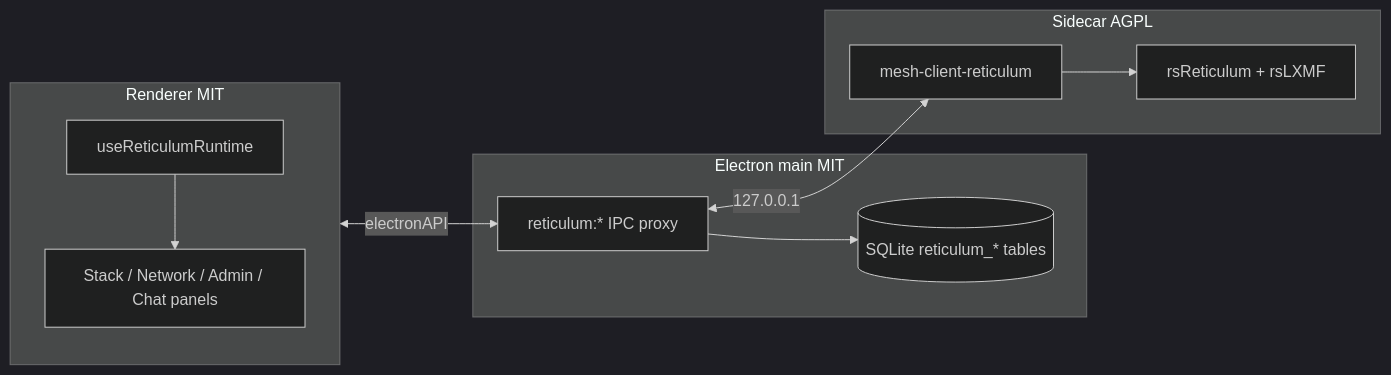
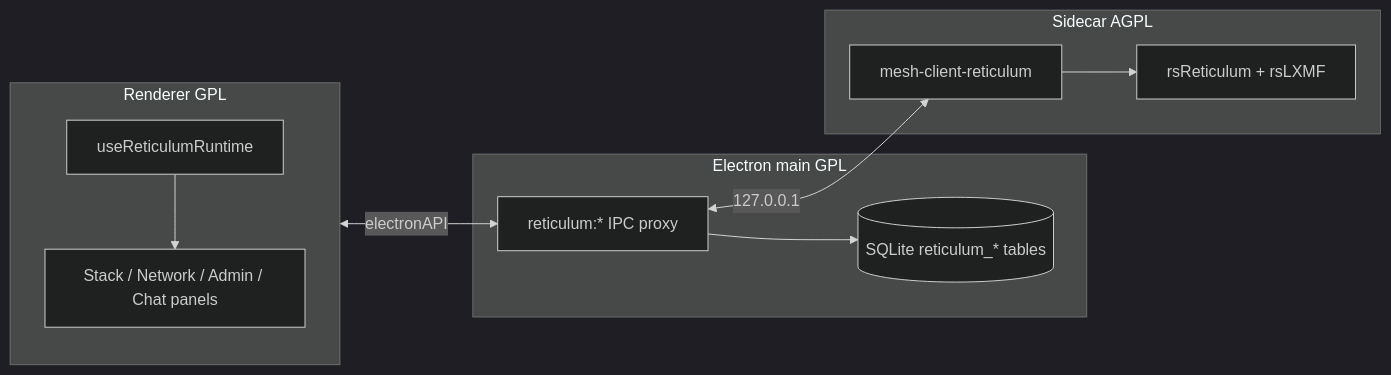
The first of 2 diagrams in docs/reticulum.md (Colorado-Mesh/mesh-client), drawn with Mermaid (dark theme) before and after one commit. The commit also changed other lines of this file and 34 other files, not shown here.

First line of the commit message:
chore: relicense from MIT to GPL-3.0-or-later (#937)

````diff
--- a/docs/reticulum.md
+++ b/docs/reticulum.md
@@ -154,20 +154,20 @@
 ```mermaid
 flowchart LR
-  subgraph ui [Renderer MIT]
+  subgraph ui [Renderer GPL]
     RT[useReticulumRuntime]
     Panels[Stack / Network / Admin / Chat panels]
     RT --> Panels
   end
-  subgraph main [Electron main MIT]
+  subgraph main [Electron main GPL]
     IPC[reticulum:* IPC proxy]
     DB[(SQLite reticulum_* tables)]
     IPC --> DB
   end
   subgraph sidecar [Sidecar AGPL]
     Bin[mesh-client-reticulum]
     RNS[rsReticulum + rsLXMF]
     Bin --> RNS
   end
   ui <-->|electronAPI| IPC
   IPC <-->|127.0.0.1| Bin
 ```
````
